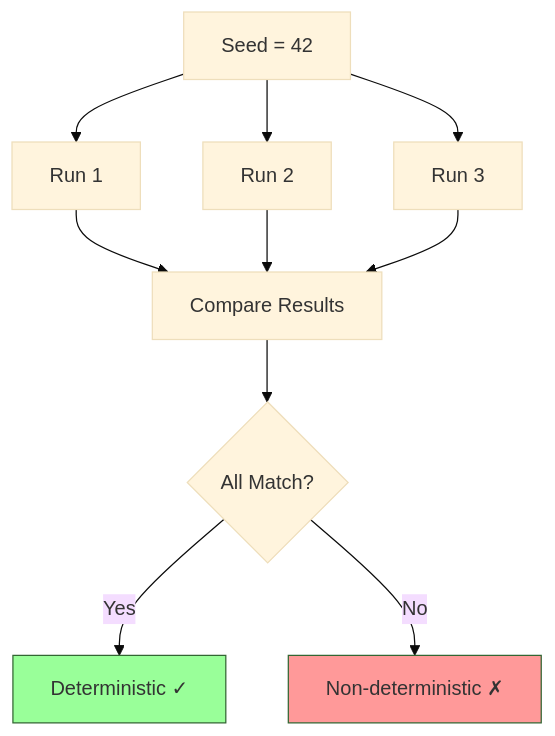
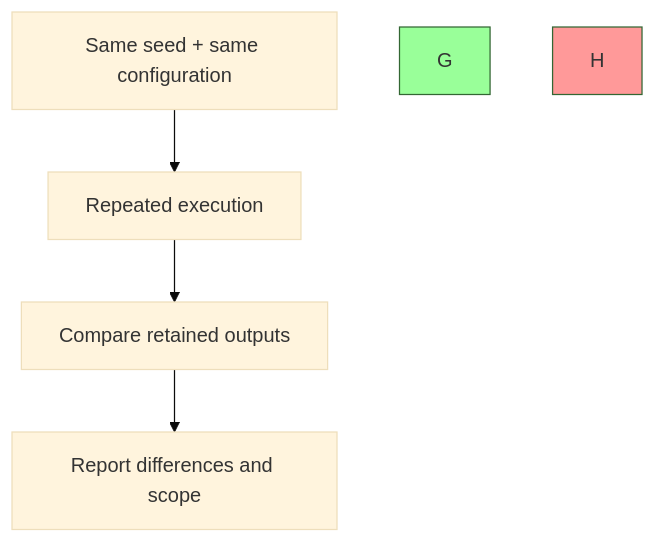
Before and after one commit to Evintkoo/2048-ml: the third of 6 diagrams in plans/09-Quality/02-Validation/03-reproduction-validation.md, drawn with Mermaid (base theme). The commit also changed other lines of this file and 67 other files, not shown here.

````diff
--- a/plans/09-Quality/02-Validation/03-reproduction-validation.md
+++ b/plans/09-Quality/02-Validation/03-reproduction-validation.md
@@ -70,15 +70,9 @@
 ```mermaid
 graph TD
-    A[Seed = 42] --> B[Run 1]
-    A --> C[Run 2]
-    A --> D[Run 3]
-    B --> E[Compare Results]
-    C --> E
-    D --> E
-    E --> F{All Match?}
-    F -->|Yes| G[Deterministic ✓]
-    F -->|No| H[Non-deterministic ✗]
+    A[Same seed + same configuration] --> B[Repeated execution]
+    B --> C[Compare retained outputs]
+    C --> D[Report differences and scope]
     
     style G fill:#9f9,stroke:#363
     style H fill:#f99,stroke:#363
 ```
````
